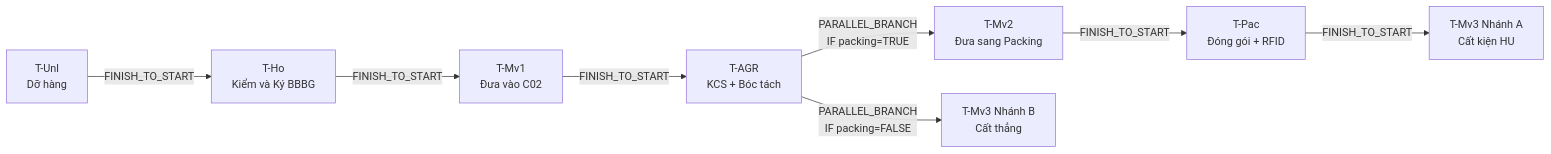
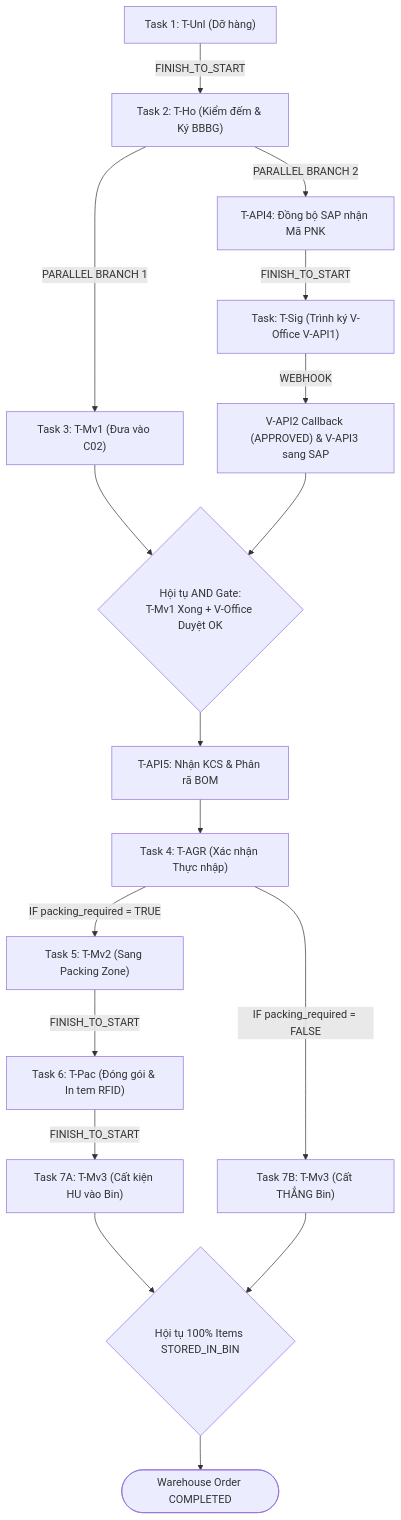
One commit to EdwardTran04/Project_Management changed the fifth of 5 diagrams in knowledge/AIWS_MM10A_Tai_Lieu_Nghiep_Vu_Nhap_Kho_Mua_Moi_NCC.md. Above: the diagram before and after it, drawn with Mermaid. The commit also changed other lines of this file and 3 other files, not shown here.

````diff
--- a/knowledge/AIWS_MM10A_Tai_Lieu_Nghiep_Vu_Nhap_Kho_Mua_Moi_NCC.md
+++ b/knowledge/AIWS_MM10A_Tai_Lieu_Nghiep_Vu_Nhap_Kho_Mua_Moi_NCC.md
@@ -491,10 +739,29 @@
 ```mermaid
-flowchart LR
-    T_UNL["T-Unl<br>Dỡ hàng"] -->|FINISH_TO_START| T_HO["T-Ho<br>Kiểm và Ký BBBG"]
-    T_HO -->|FINISH_TO_START| T_MV1["T-Mv1<br>Đưa vào C02"]
-    T_MV1 -->|FINISH_TO_START| T_AGR["T-AGR<br>KCS + Bóc tách"]
-    T_AGR -->|PARALLEL_BRANCH<br>IF packing=TRUE| T_MV2["T-Mv2<br>Đưa sang Packing"]
-    T_AGR -->|PARALLEL_BRANCH<br>IF packing=FALSE| T_MV3B["T-Mv3 Nhánh B<br>Cất thẳng"]
-    T_MV2 -->|FINISH_TO_START| T_PAC["T-Pac<br>Đóng gói + RFID"]
-    T_PAC -->|FINISH_TO_START| T_MV3A["T-Mv3 Nhánh A<br>Cất kiện HU"]
+flowchart TD
+    T_UNL["Task 1: T-Unl (Dỡ hàng)"] -->|FINISH_TO_START| T_HO["Task 2: T-Ho (Kiểm đếm & Ký BBBG)"]
+    
+    %% Bẻ luồng song song sau ký BBBG
+    T_HO -->|PARALLEL BRANCH 1| T_MV1["Task 3: T-Mv1 (Đưa vào C02)"]
+    T_HO -->|PARALLEL BRANCH 2| T_API4["T-API4: Đồng bộ SAP nhận Mã PNK"]
+    T_API4 -->|FINISH_TO_START| T_SIG["Task: T-Sig (Trình ký V-Office V-API1)"]
+    T_SIG -->|WEBHOOK| V_API2["V-API2 Callback (APPROVED) & V-API3 sang SAP"]
+
+    %% Hội tụ AND Gate chờ KCS
+    T_MV1 --> JOIN_KCS{Hội tụ AND Gate:<br>T-Mv1 Xong + V-Office Duyệt OK}
+    V_API2 --> JOIN_KCS
+    JOIN_KCS --> T_API5["T-API5: Nhận KCS & Phân rã BOM"]
+
+    T_API5 --> T_AGR["Task 4: T-AGR (Xác nhận Thực nhập)"]
+    
+    %% Bẻ luồng Nhánh A / Nhánh B
+    T_AGR -->|IF packing_required = TRUE| T_MV2["Task 5: T-Mv2 (Sang Packing Zone)"]
+    T_AGR -->|IF packing_required = FALSE| T_MV3B["Task 7B: T-Mv3 (Cất THẲNG Bin)"]
+    
+    T_MV2 -->|FINISH_TO_START| T_PAC["Task 6: T-Pac (Đóng gói & In tem RFID)"]
+    T_PAC -->|FINISH_TO_START| T_MV3A["Task 7A: T-Mv3 (Cất kiện HU vào Bin)"]
+    
+    %% Hội tụ hoàn thành Order
+    T_MV3A --> JOIN_FINISH{Hội tụ 100% Items STORED_IN_BIN}
+    T_MV3B --> JOIN_FINISH
+    JOIN_FINISH --> ORDER_COMPLETED([Warehouse Order COMPLETED])
 ```
````
